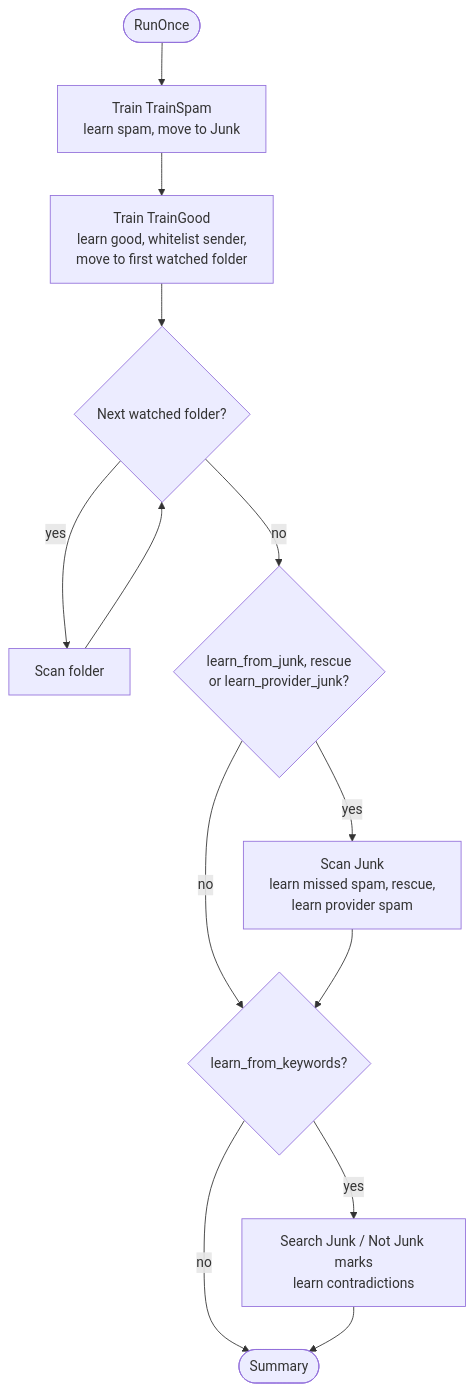
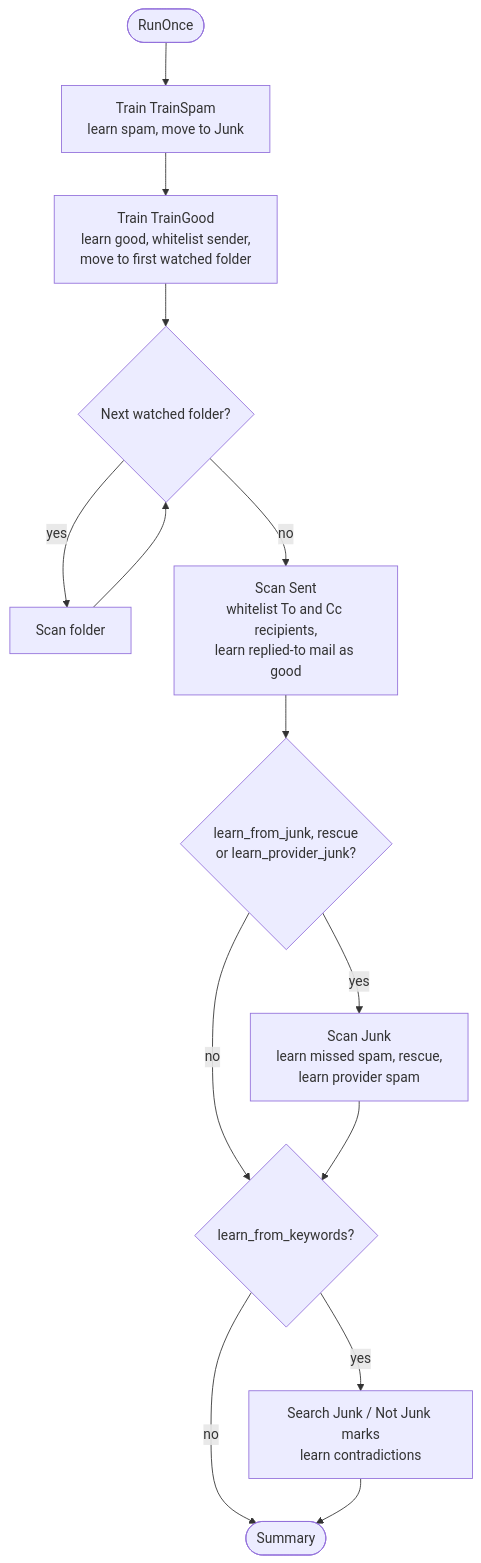
One commit to hugoh/tamis changed the second of 10 diagrams in docs/engine.md. Above: the diagram before and after it, drawn with Mermaid. The commit also changed other lines of this file and 3 other files, not shown here.

First line of the commit message:
feat(engine): learn from Sent: whitelist recipients and replied-to mail

````diff
--- a/docs/engine.md
+++ b/docs/engine.md
@@ -46,15 +46,16 @@
 ```mermaid
 flowchart TD
     start([RunOnce]) --> trainSpam[Train TrainSpam<br/>learn spam, move to Junk]
     trainSpam --> trainGood[Train TrainGood<br/>learn good, whitelist sender,<br/>move to first watched folder]
     trainGood --> watch{Next watched folder?}
     watch -- yes --> scan[Scan folder]
     scan --> watch
-    watch -- no --> learn{learn_from_junk, rescue<br/>or learn_provider_junk?}
+    watch -- no --> sent[Scan Sent<br/>whitelist To and Cc recipients,<br/>learn replied-to mail as good]
+    sent --> learn{learn_from_junk, rescue<br/>or learn_provider_junk?}
     learn -- yes --> junk[Scan Junk<br/>learn missed spam, rescue,<br/>learn provider spam]
     learn -- no --> marks{learn_from_keywords?}
     junk --> marks
     marks -- yes --> keywords[Search Junk / Not Junk marks<br/>learn contradictions]
     marks -- no --> done([Summary])
     keywords --> done
 ```
````
